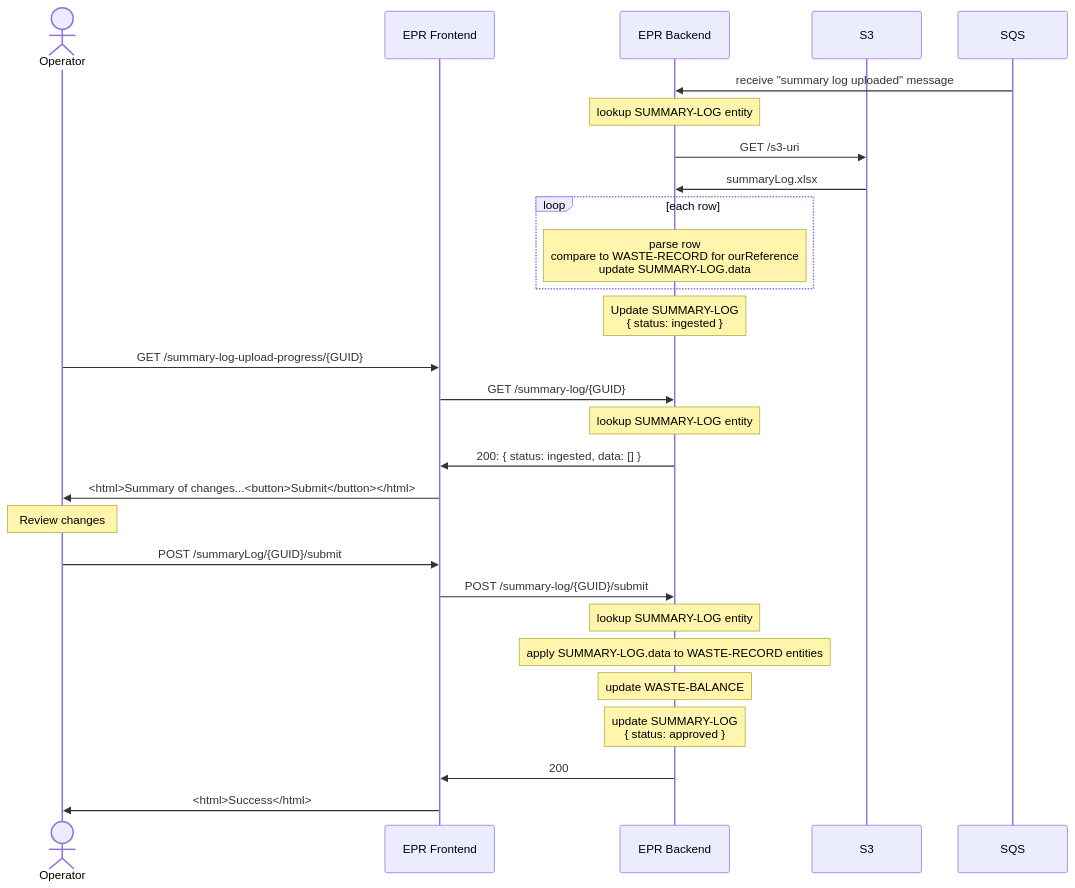
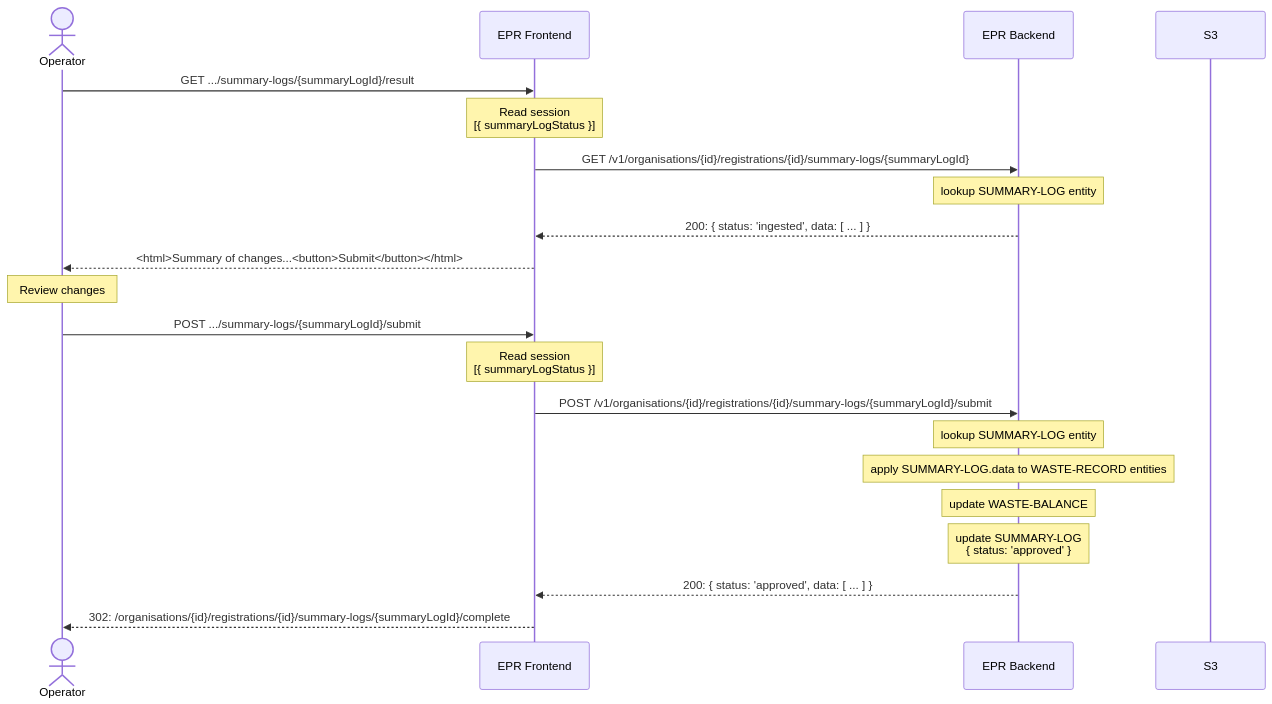
The third of 3 diagrams in docs/architecture/discovery/pepr-lld.md (DEFRA/epr-backend), drawn with Mermaid before and after one commit. The commit also changed other lines of this file and 1 other file, not shown here.

Commit message:
PAE-234: add Summary Log detail to HLD & LLD (#119)

````diff
--- a/docs/architecture/discovery/pepr-lld.md
+++ b/docs/architecture/discovery/pepr-lld.md
@@ -573,35 +589,27 @@
 ```mermaid
 sequenceDiagram
   actor Op as Operator
   participant Frontend as EPR Frontend
   participant Backend as EPR Backend
   participant S3
-  participant SQS
 
 
-  SQS->>Backend: receive "summary log uploaded" message
+  Op->>Frontend: GET .../summary-logs/{summaryLogId}/result
+  Note over Frontend: Read session<br>[{ summaryLogStatus }]
+  Frontend->>Backend: GET /v1/organisations/{id}/registrations/{id}/summary-logs/{summaryLogId}
   Note over Backend: lookup SUMMARY-LOG entity
-  Backend->>S3: GET /s3-uri
-  S3->>Backend: summaryLog.xlsx
-  loop each row
-    Note over Backend: parse row<br>compare to WASTE-RECORD for ourReference<br>update SUMMARY-LOG.data
-  end
-  Note over Backend: Update SUMMARY-LOG<br>{ status: ingested }
-
-  Op->>Frontend: GET /summary-log-upload-progress/{GUID}
-  Frontend->>Backend: GET /summary-log/{GUID}
-  Note over Backend: lookup SUMMARY-LOG entity
-  Backend->>Frontend: 200: { status: ingested, data: [] }
-  Frontend->>Op: <html>Summary of changes...<button>Submit</button></html>
+  Backend-->>Frontend: 200: { status: 'ingested', data: [ ... ] }
+  Frontend-->>Op: <html>Summary of changes...<button>Submit</button></html>
 
   Note over Op: Review changes
 
-  Op->>Frontend: POST /summaryLog/{GUID}/submit
-  Frontend->>Backend: POST /summary-log/{GUID}/submit
+  Op->>Frontend: POST .../summary-logs/{summaryLogId}/submit
+  Note over Frontend: Read session<br>[{ summaryLogStatus }]
+  Frontend->>Backend: POST /v1/organisations/{id}/registrations/{id}/summary-logs/{summaryLogId}/submit
   Note over Backend: lookup SUMMARY-LOG entity
   Note over Backend: apply SUMMARY-LOG.data to WASTE-RECORD entities
   Note over Backend: update WASTE-BALANCE
-  Note over Backend: update SUMMARY-LOG<br>{ status: approved }
-  Backend->>Frontend: 200
-  Frontend->>Op: <html>Success</html>
+  Note over Backend: update SUMMARY-LOG<br>{ status: 'approved' }
+  Backend-->>Frontend: 200: { status: 'approved', data: [ ... ] }
+  Frontend-->>Op: 302: /organisations/{id}/registrations/{id}/summary-logs/{summaryLogId}/complete
 ```
````
